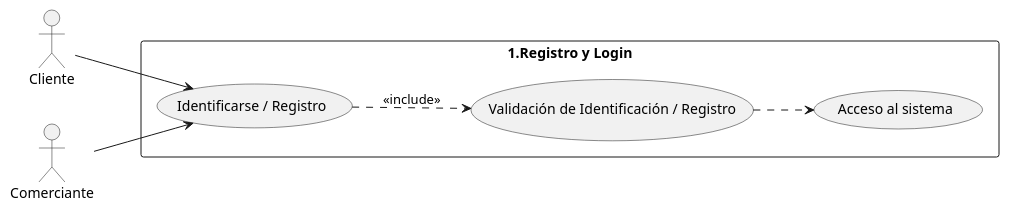
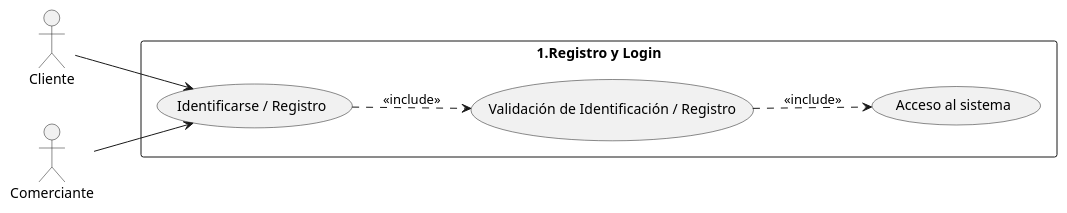
Before and after one commit to cnordia/Casos-de-usos: the diagram in 1.Registro_y_Login.puml, drawn with PlantUML. The commit also changed 12 other files, not shown here.

```diff
--- a/1.Registro_y_Login.puml
+++ b/1.Registro_y_Login.puml
@@ -1,23 +1,23 @@
 @startuml
 left to right direction
 skinparam packageStyle rectangle
 
 actor "Cliente" as C
 actor "Comerciante" as M
 
 rectangle "1.Registro y Login" {
   
   (Identificarse / Registro) as UC1
   (Validación de Identificación / Registro) as UC2
   (Acceso al sistema) as UC3
   
  }
   
 M --> UC1
 
 C --> UC1
 
 UC1 ..> UC2 : <<include>>
-UC2 ..> UC3
+UC2 ..> UC3 : <<include>>
 
 @enduml
```
